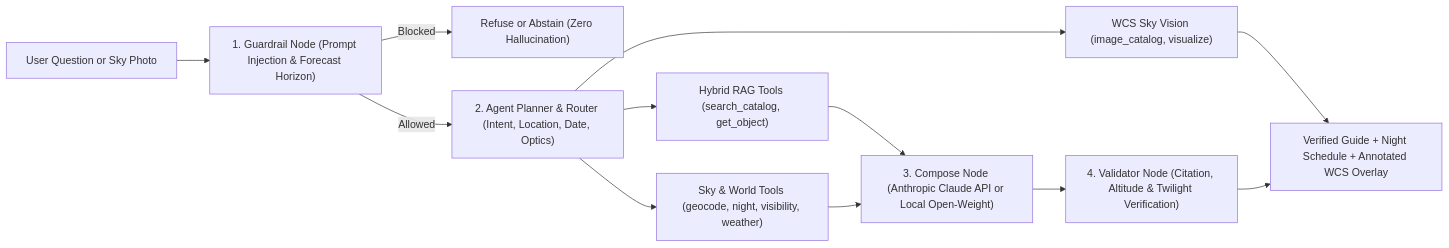
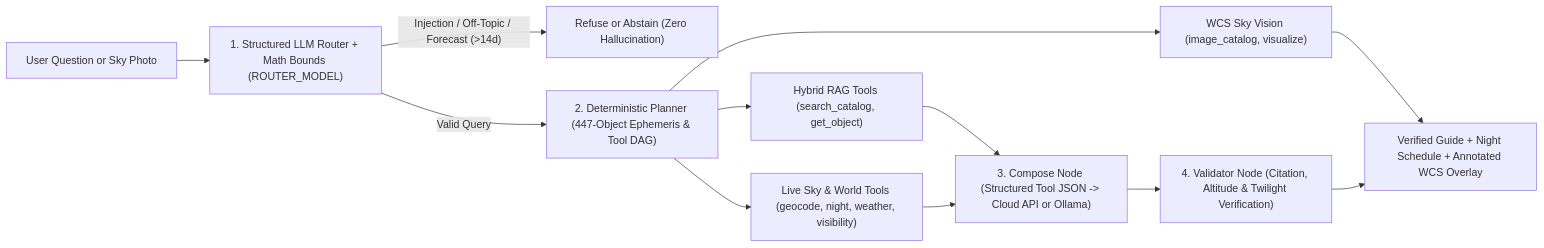
One commit to Waxguillermo/Astropilote changed the diagram in README.md. Above: the diagram before and after it, drawn with Mermaid. The commit also changed other lines of this file and 15 other files, not shown here.

Commit message:
feat(agent,tools): replace regex router with structured LLM router, multi-night ranking, and 447-object ephemeris scan (v1.1.1)

````diff
--- a/README.md
+++ b/README.md
@@ -16,17 +16,17 @@
 ```mermaid
 flowchart LR
-    U["User Question or Sky Photo"] --> G["1. Guardrail Node (Prompt Injection & Forecast Horizon)"]
-    G -->|Blocked| R["Refuse or Abstain (Zero Hallucination)"]
-    G -->|Allowed| A["2. Agent Planner & Router (Intent, Location, Date, Optics)"]
+    U["User Question or Sky Photo"] --> G["1. Structured LLM Router + Math Bounds (ROUTER_MODEL)"]
+    G -->|"Injection / Off-Topic / Forecast (>14d)"| R["Refuse or Abstain (Zero Hallucination)"]
+    G -->|Valid Query| A["2. Deterministic Planner (447-Object Ephemeris & Tool DAG)"]
 
     A --> T1["Hybrid RAG Tools (search_catalog, get_object)"]
-    A --> T2["Sky & World Tools (geocode, night, visibility, weather)"]
+    A --> T2["Live Sky & World Tools (geocode, night, weather, visibility)"]
     A --> T3["WCS Sky Vision (image_catalog, visualize)"]
 
-    T1 --> C["3. Compose Node (Anthropic Claude API or Local Open-Weight)"]
+    T1 --> C["3. Compose Node (Structured Tool JSON -> Cloud API or Ollama)"]
     T2 --> C
     T3 --> O["Verified Guide + Night Schedule + Annotated WCS Overlay"]
 
     C --> V["4. Validator Node (Citation, Altitude & Twilight Verification)"]
     V --> O
 ```
````
